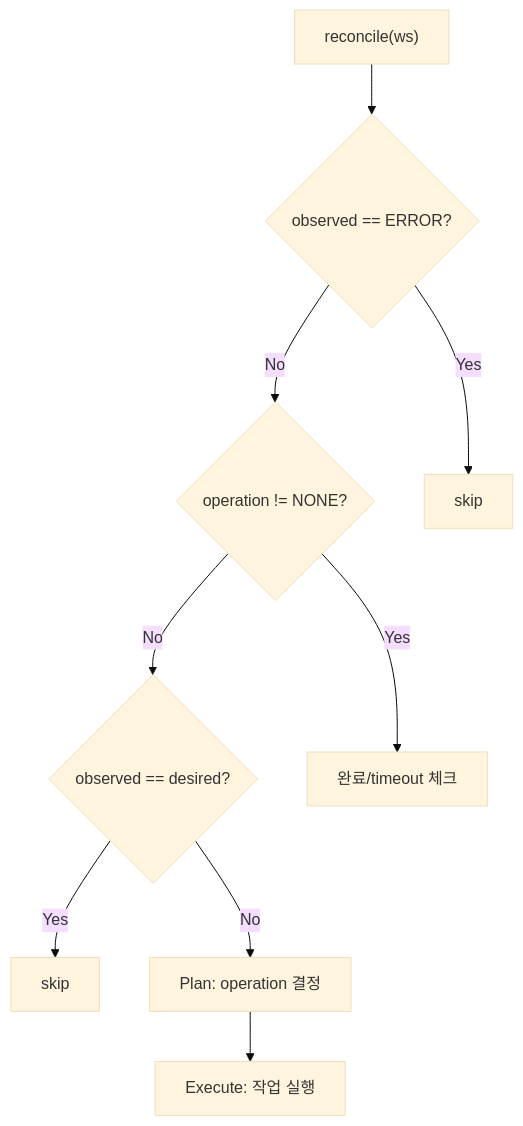
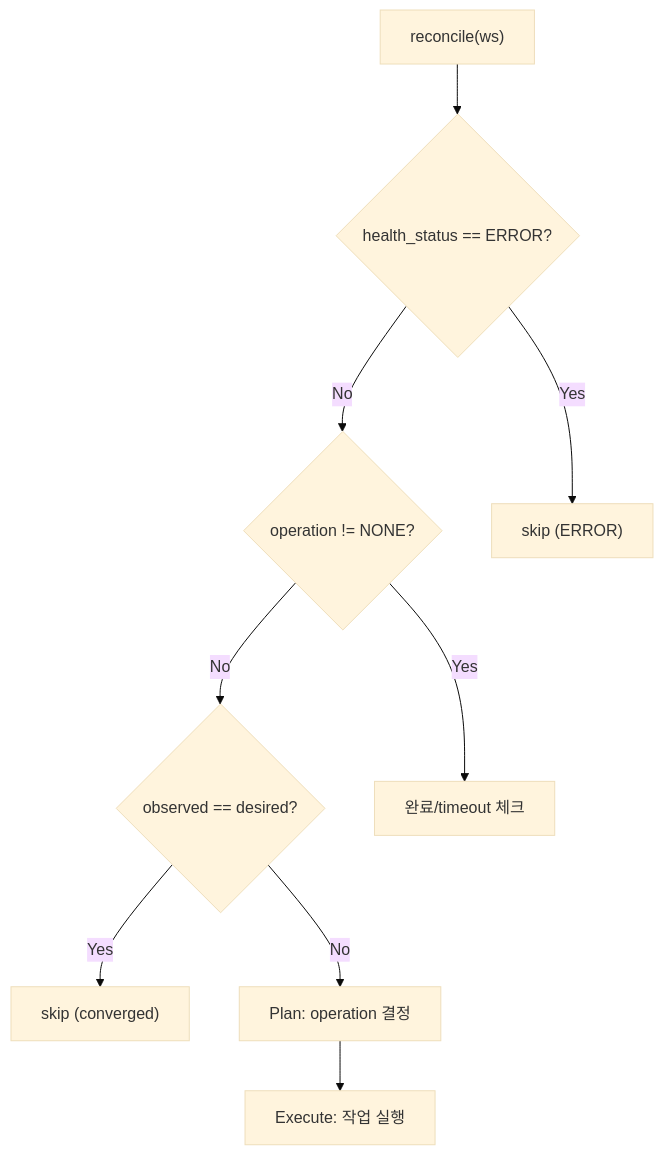
Before and after one commit to cagojeiger/code-hub: the third of 6 diagrams in docs/spec_v2/04-control-plane.md, drawn with Mermaid (base theme). The commit also changed other lines of this file and 4 other files, not shown here.

First line of the commit message:
docs(spec_v2): separate ERROR into health_status, add adaptive polling

````diff
--- a/docs/spec_v2/04-control-plane.md
+++ b/docs/spec_v2/04-control-plane.md
@@ -254,21 +281,21 @@
 ```mermaid
 flowchart TB
     START["reconcile(ws)"]
-    ERROR{"observed == ERROR?"}
+    HEALTH{"health_status == ERROR?"}
     OP{"operation != NONE?"}
     CONV{"observed == desired?"}
-    SKIP1["skip"]
-    SKIP2["skip"]
+    SKIP1["skip (ERROR)"]
+    SKIP2["skip (converged)"]
     CHECK["완료/timeout 체크"]
     PLAN["Plan: operation 결정"]
     EXEC["Execute: 작업 실행"]
 
-    START --> ERROR
-    ERROR -->|Yes| SKIP1
-    ERROR -->|No| OP
+    START --> HEALTH
+    HEALTH -->|Yes| SKIP1
+    HEALTH -->|No| OP
     OP -->|Yes| CHECK
     OP -->|No| CONV
     CONV -->|Yes| SKIP2
     CONV -->|No| PLAN
     PLAN --> EXEC
 ```
````
